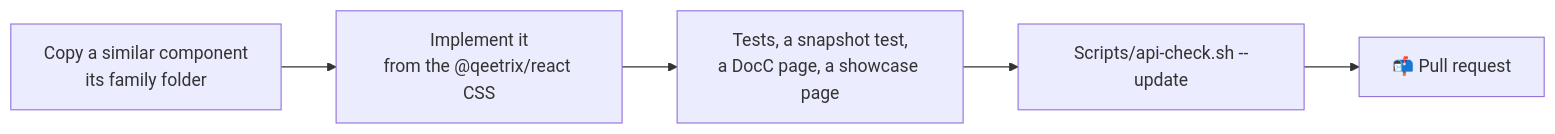
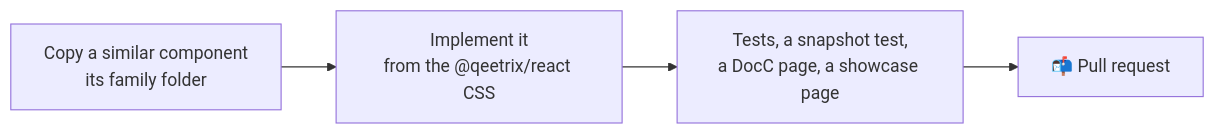
One commit to qeetgroup/qeetrix-ios changed the third of 4 diagrams in CONTRIBUTING.md. Above: the diagram before and after it, drawn with Mermaid. The commit also changed other lines of this file and 16 other files, not shown here.

First line of the commit message:
Drop the committed API baseline: Swift's breaking-change check is enough

````diff
--- a/CONTRIBUTING.md
+++ b/CONTRIBUTING.md
@@ -97,7 +96,6 @@
 ```mermaid
 flowchart LR
     A["Copy a similar component<br/>its family folder"] --> B["Implement it<br/>from the @qeetrix/react CSS"]
     B --> C["Tests, a snapshot test,<br/>a DocC page, a showcase page"]
-    C --> D["Scripts/api-check.sh --update"]
-    D --> E["📬 Pull request"]
+    C --> D["📬 Pull request"]
 ```
````
